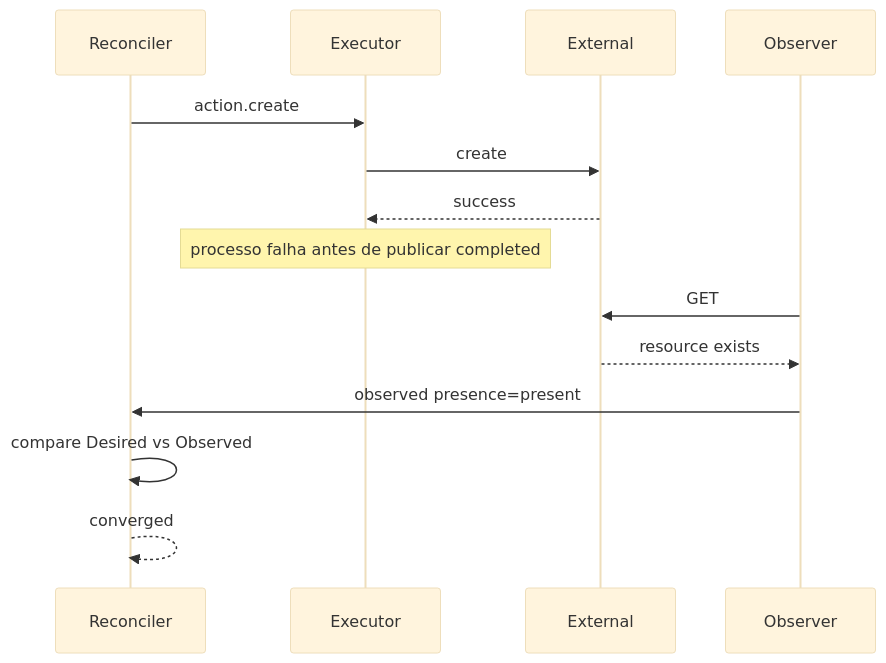
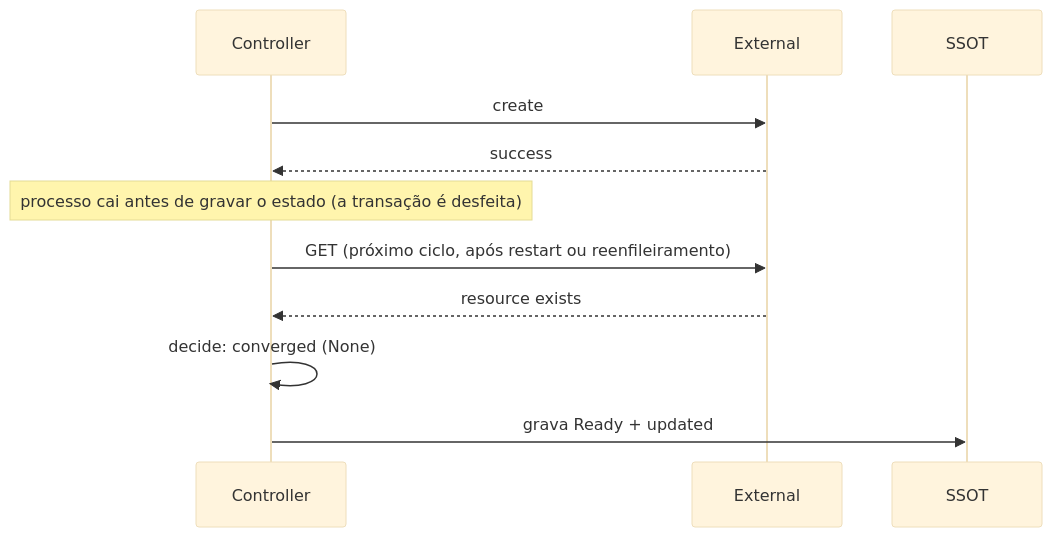
One commit to danielsabatini/smarkee changed diagram 13 of 16 in docs/loop/RESOURCE-CONTROL-LOOP.md. Above: the diagram before and after it, drawn with Mermaid (base theme). The commit also changed other lines of this file, not shown here.

Commit message:
docs(loop): atualiza RESOURCE-CONTROL-LOOP.md para modelos vigentes da plataforma

````diff
--- a/docs/loop/RESOURCE-CONTROL-LOOP.md
+++ b/docs/loop/RESOURCE-CONTROL-LOOP.md
@@ -1075,21 +946,17 @@
 ```mermaid
 sequenceDiagram
 
-    participant R as Reconciler
-    participant E as Executor
+    participant C as Controller
     participant X as External
-    participant O as Observer
+    participant S as SSOT
 
-    R->>E: action.create
-    E->>X: create
-    X-->>E: success
+    C->>X: create
+    X-->>C: success
 
-    Note over E: processo falha antes de publicar completed
+    Note over C: processo cai antes de gravar o estado (a transação é desfeita)
 
-    O->>X: GET
-    X-->>O: resource exists
-    O->>R: observed presence=present
-
-    R->>R: compare Desired vs Observed
-    R-->>R: converged
+    C->>X: GET (próximo ciclo, após restart ou reenfileiramento)
+    X-->>C: resource exists
+    C->>C: decide: converged (None)
+    C->>S: grava Ready + updated
 ```
````
